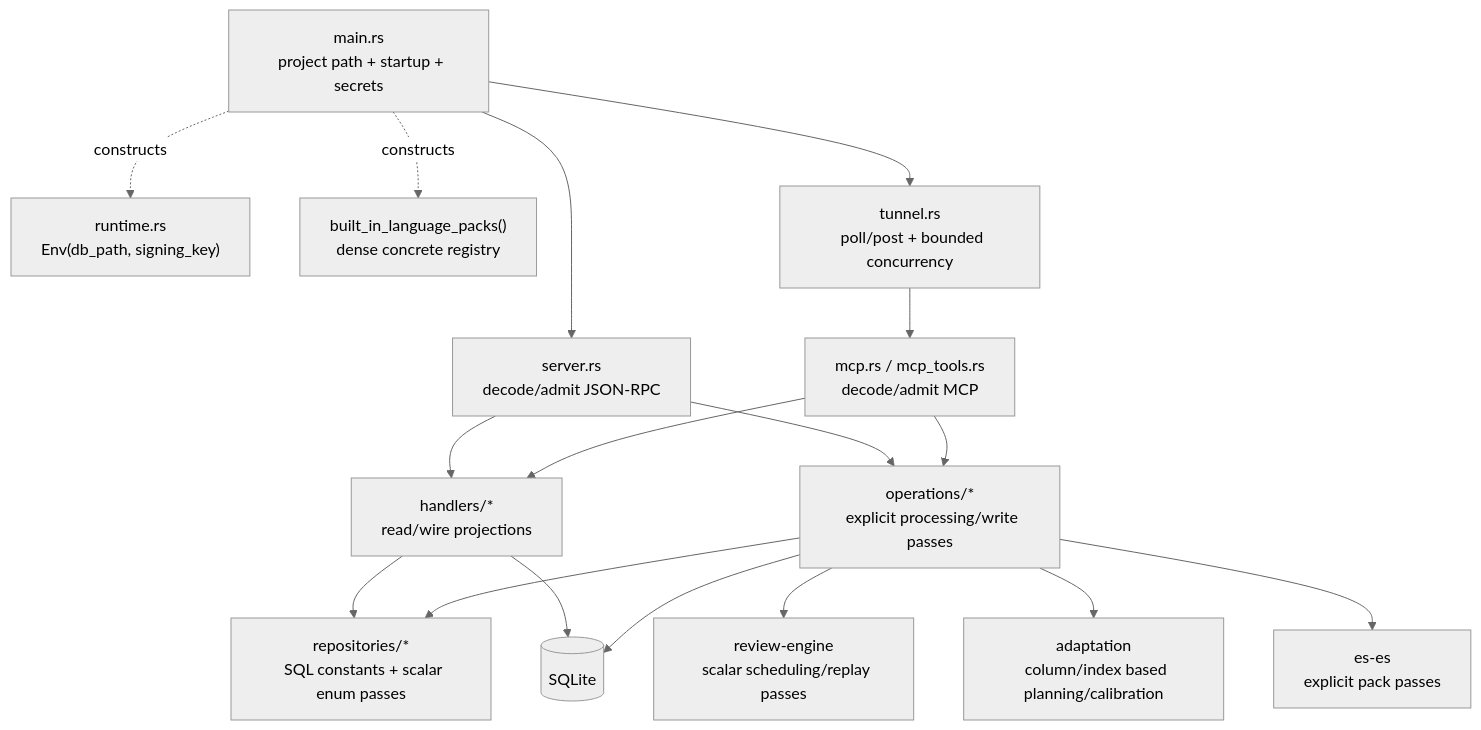
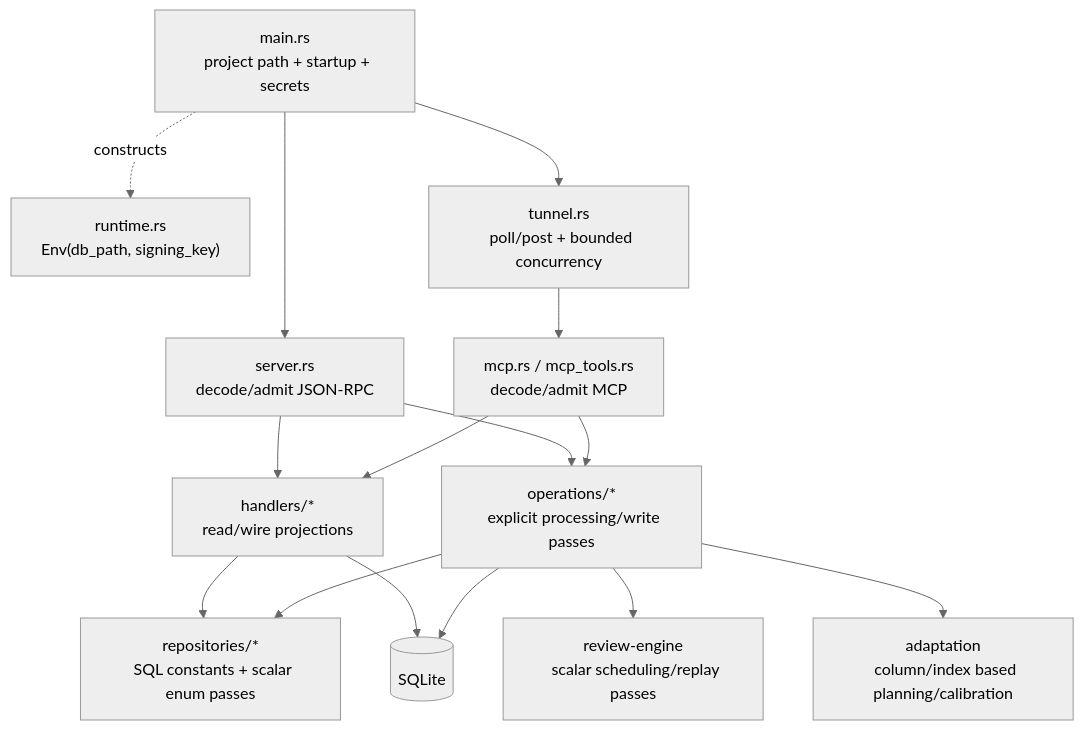
The third of 4 diagrams in docs/dod-preflight.md (agredyaev/lingua-tutor), drawn with Mermaid (neutral theme) before and after one commit. The commit also changed other lines of this file and 131 other files, not shown here.

````diff
--- a/docs/dod-preflight.md
+++ b/docs/dod-preflight.md
@@ -95,45 +91,39 @@
 ```mermaid
 flowchart TD
   Main["main.rs
   project path + startup + secrets"]
   Env["runtime.rs
   Env(db_path, signing_key)"]
-  Packs["built_in_language_packs()
-  dense concrete registry"]
   Server["server.rs
   decode/admit JSON-RPC"]
   Tunnel["tunnel.rs
   poll/post + bounded concurrency"]
   MCP["mcp.rs / mcp_tools.rs
   decode/admit MCP"]
   ReadHandlers["handlers/*
   read/wire projections"]
   Passes["operations/*
   explicit processing/write passes"]
   Repos["repositories/*
   SQL constants + scalar enum passes"]
   DB[("SQLite")]
   Review["review-engine
   scalar scheduling/replay passes"]
   Adapt["adaptation
   column/index based planning/calibration"]
-  Es["es-es
-  explicit pack passes"]
 
   Main -.->|constructs| Env
-  Main -.->|constructs| Packs
   Main --> Server
   Main --> Tunnel
   Server --> ReadHandlers
   Server --> Passes
   Tunnel --> MCP
   MCP --> ReadHandlers
   MCP --> Passes
   ReadHandlers --> Repos
   ReadHandlers --> DB
   Passes --> Repos
   Passes --> DB
   Passes --> Review
   Passes --> Adapt
-  Passes --> Es
 ```
````
